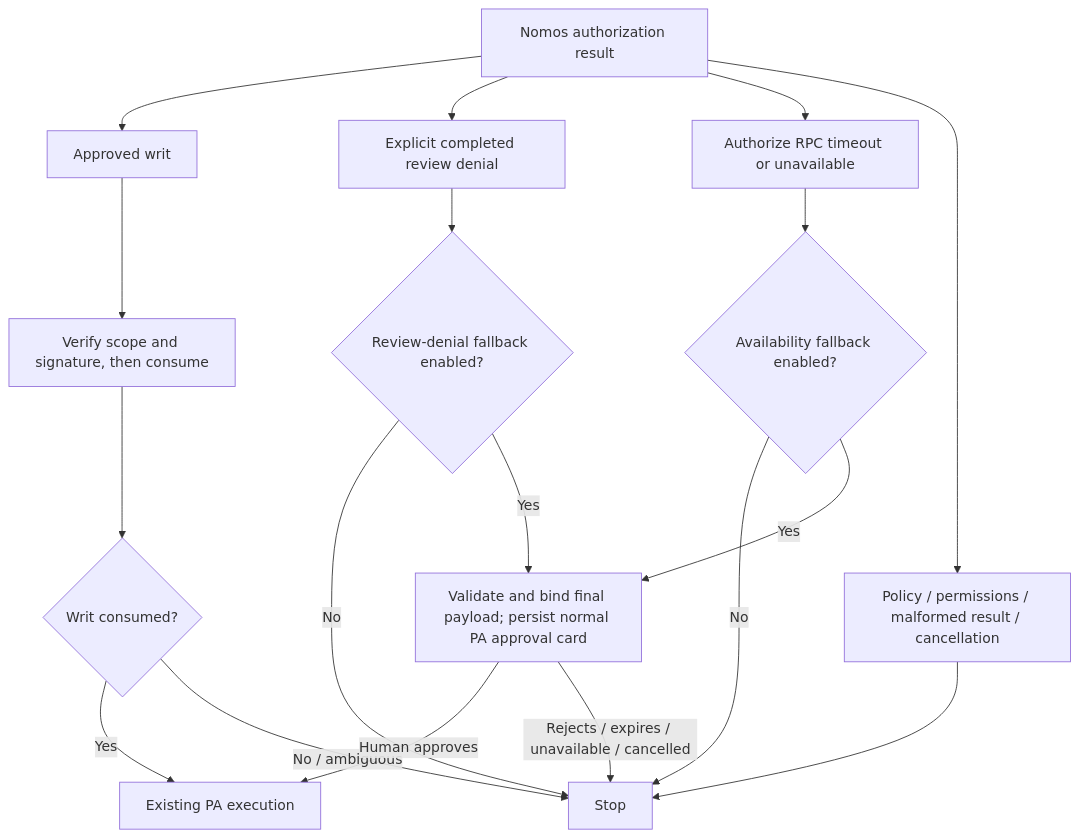
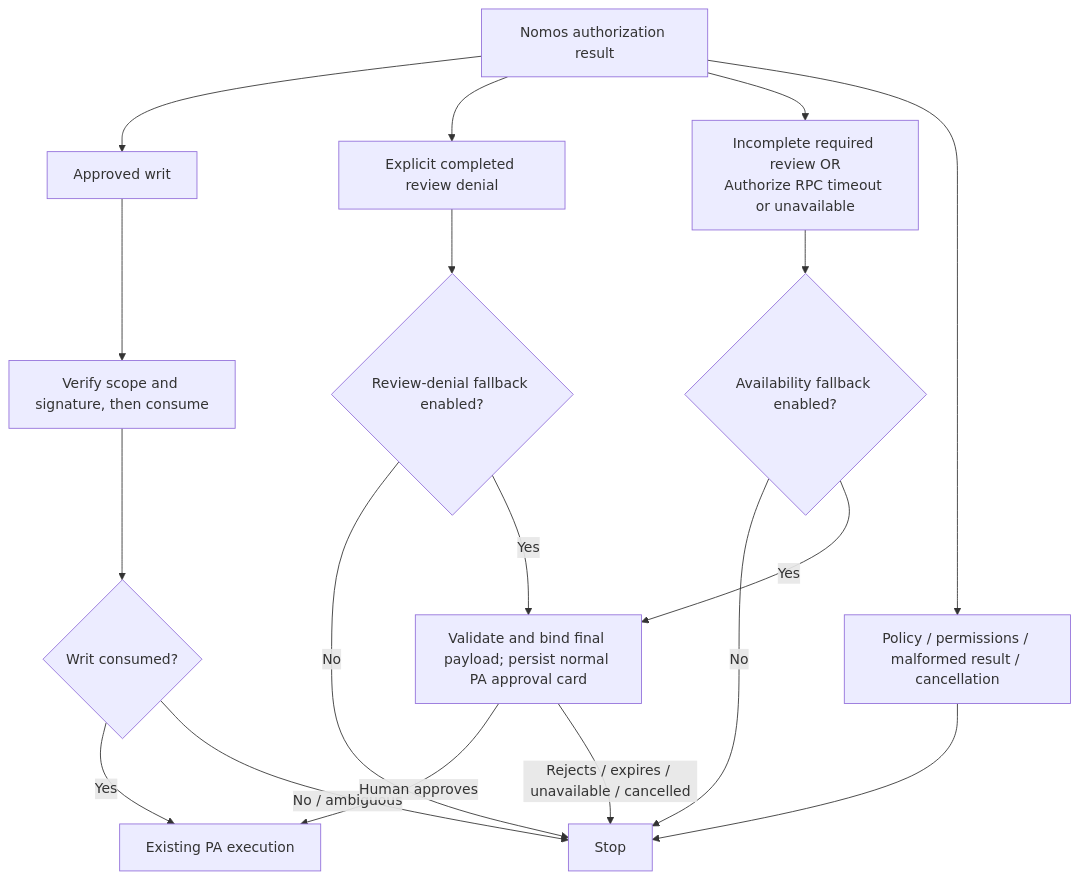
The fifth of 6 diagrams in docs/proposals/pa2-autonomous-write-authorization.md (NVIDIA/Nomos), drawn with Mermaid before and after one commit. The commit also changed other lines of this file, not shown here.

Commit message:
docs: clarify PA handling of incomplete Council review

````diff
--- a/docs/proposals/pa2-autonomous-write-authorization.md
+++ b/docs/proposals/pa2-autonomous-write-authorization.md
@@ -550,20 +551,20 @@
 ```mermaid
 flowchart TD
   Result[Nomos authorization result] --> Approved[Approved writ]
   Result --> Eligible[Explicit completed review denial]
-  Result --> Unavailable[Authorize RPC timeout or unavailable]
+  Result --> Unavailable[Incomplete required review OR<br/>Authorize RPC timeout or unavailable]
   Result --> Hard[Policy / permissions / malformed result / cancellation]
   Approved --> Verify[Verify scope and signature, then consume]
   Verify --> Consume{Writ consumed?}
   Consume -->|Yes| Execute[Existing PA execution]
   Consume -->|No / ambiguous| Stop[Stop]
   Eligible --> Flag{Review-denial fallback enabled?}
   Unavailable --> AvailabilityFlag{Availability fallback enabled?}
   AvailabilityFlag -->|No| Stop
   AvailabilityFlag -->|Yes| Card
   Flag -->|No| Stop[Stop]
   Flag -->|Yes| Card[Validate and bind final payload; persist normal PA approval card]
   Card -->|Human approves| Execute
   Card -->|Rejects / expires / unavailable / cancelled| Stop
   Hard --> Stop
 ```
````
